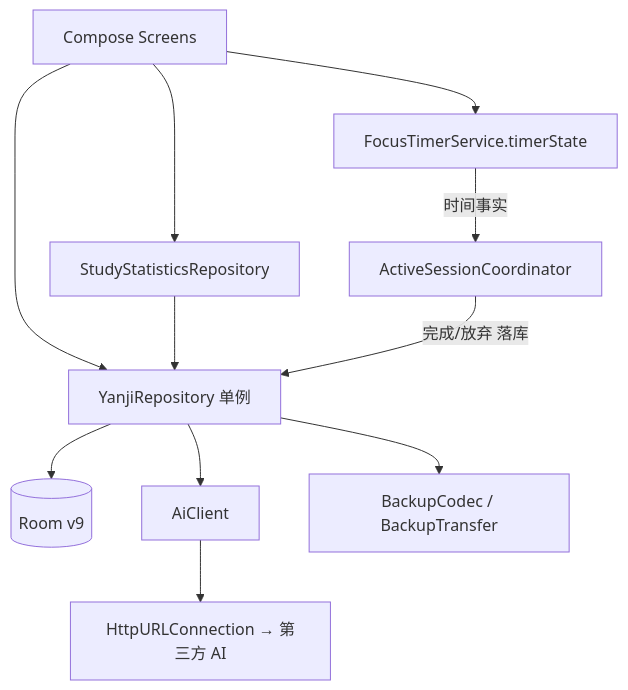
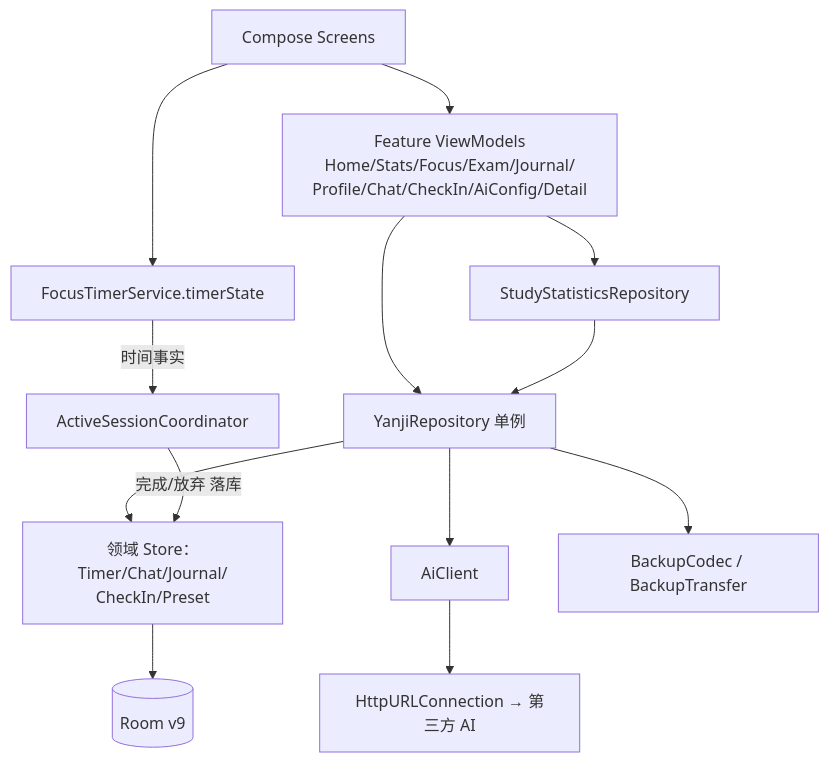
The first of 2 diagrams in 开发手册/架构与能力状态.md (xinye1017/yanji), drawn with Mermaid before and after one commit. The commit also changed other lines of this file and 27 other files, not shown here.

````diff
--- a/开发手册/架构与能力状态.md
+++ b/开发手册/架构与能力状态.md
@@ -13,16 +13,18 @@
 ```mermaid
 graph TD
-    UI[Compose Screens] --> REPO[YanjiRepository 单例]
-    UI --> STATS[StudyStatisticsRepository]
+    UI[Compose Screens] --> VM[Feature ViewModels<br/>Home/Stats/Focus/Exam/Journal/<br/>Profile/Chat/CheckIn/AiConfig/Detail]
+    VM --> REPO[YanjiRepository 单例]
+    VM --> STATS[StudyStatisticsRepository]
     UI --> SVC[FocusTimerService.timerState]
 
     STATS --> REPO
 
-    REPO --> DB[(Room v9)]
+    REPO --> STORE[领域 Store：Timer/Chat/Journal/<br/>CheckIn/Preset]
+    STORE --> DB[(Room v9)]
     REPO --> AIC[AiClient]
     AIC --> NET[HttpURLConnection → 第三方 AI]
     REPO --> BAK[BackupCodec / BackupTransfer]
 
     SVC -->|时间事实| COORD[ActiveSessionCoordinator]
-    COORD -->|完成/放弃 落库| REPO
+    COORD -->|完成/放弃 落库| STORE
 ```
````
